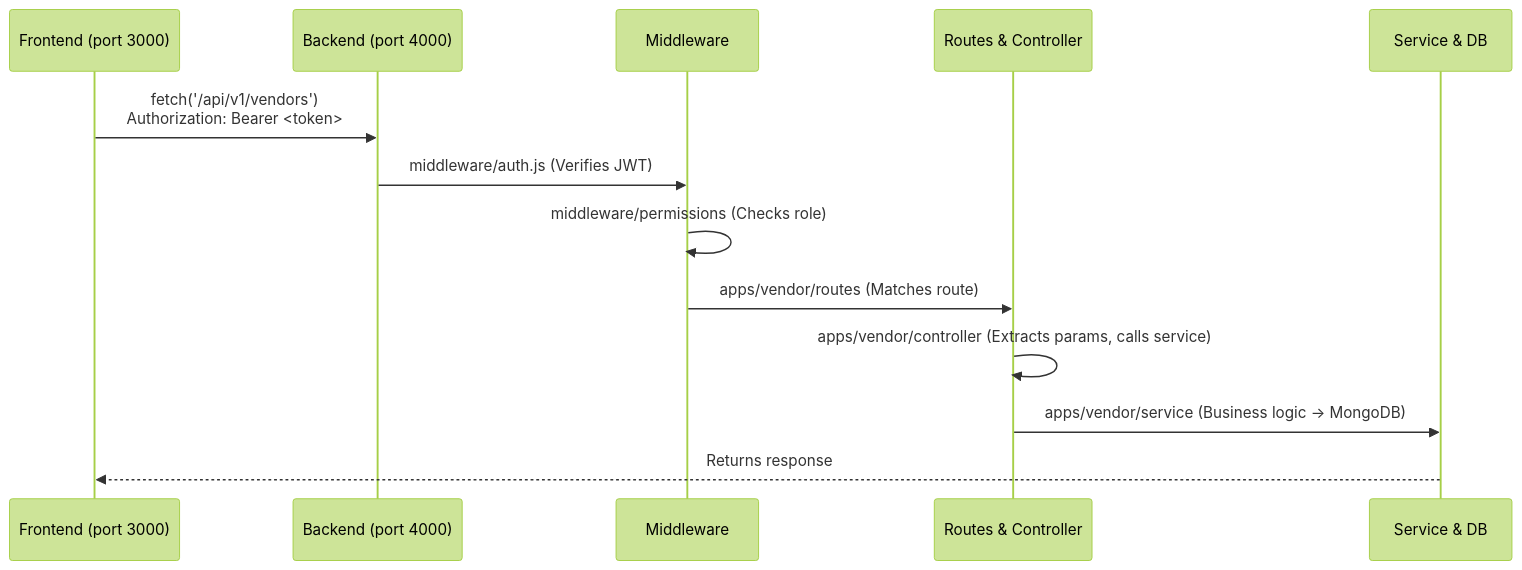
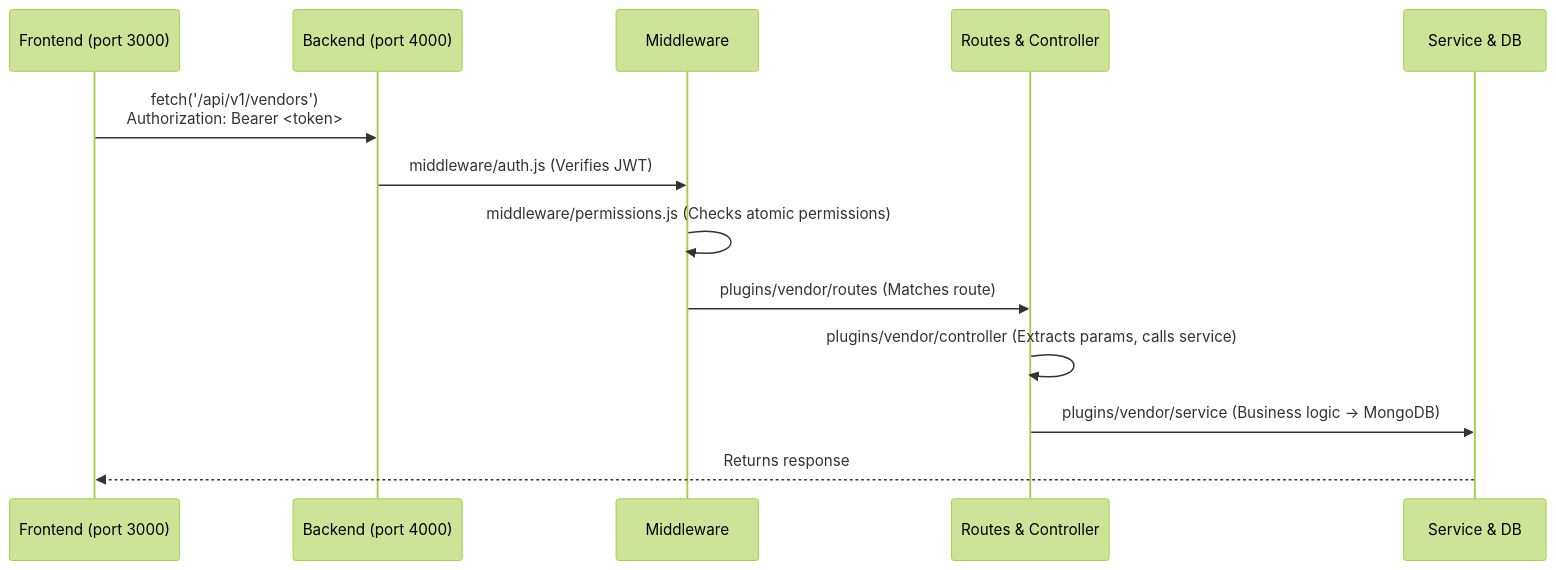
The diagram in docs/getting-started/DEVELOPER_ONBOARDING.md (NITRR-Official/CampusOS), drawn with Mermaid (forest theme) before and after one commit. The commit also changed other lines of this file and 691 other files, not shown here.

First line of the commit message:
refactor(core): migrate to dynamic atomic rbac and modular plugin architecture (#85)

````diff
--- a/docs/getting-started/DEVELOPER_ONBOARDING.md
+++ b/docs/getting-started/DEVELOPER_ONBOARDING.md
@@ -119,16 +124,16 @@
 ```mermaid
 sequenceDiagram
     participant F as Frontend (port 3000)
     participant B as Backend (port 4000)
     participant M as Middleware
     participant R as Routes & Controller
     participant S as Service & DB
 
     F->>B: fetch('/api/v1/vendors')<br/>Authorization: Bearer <token>
     B->>M: middleware/auth.js (Verifies JWT)
-    M->>M: middleware/permissions (Checks role)
-    M->>R: apps/vendor/routes (Matches route)
-    R->>R: apps/vendor/controller (Extracts params, calls service)
-    R->>S: apps/vendor/service (Business logic → MongoDB)
+    M->>M: middleware/permissions.js (Checks atomic permissions)
+    M->>R: plugins/vendor/routes (Matches route)
+    R->>R: plugins/vendor/controller (Extracts params, calls service)
+    R->>S: plugins/vendor/service (Business logic → MongoDB)
     S-->>F: Returns response
 ```
````
